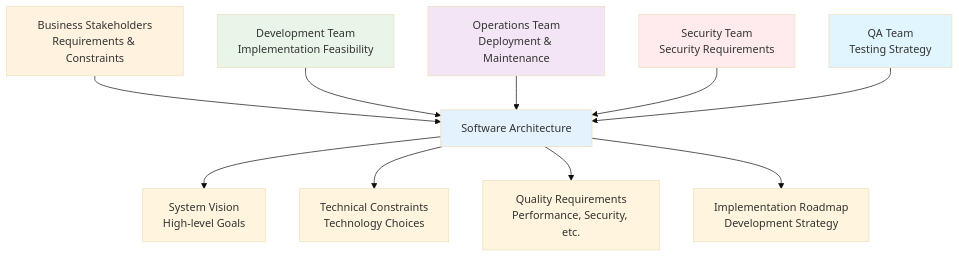
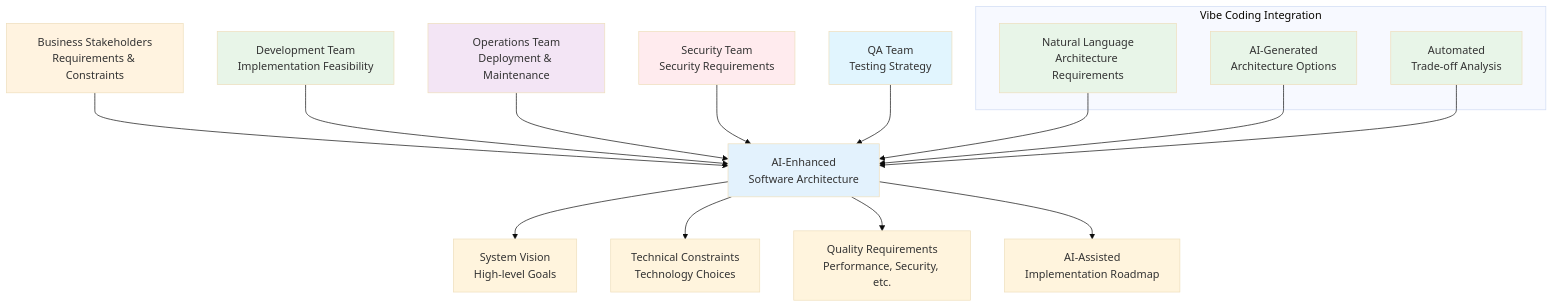
Before and after one commit to hunkim/VibeSoftwareEngineering: the second of 2 diagrams in chapters/chapter-03.md, drawn with Mermaid (base theme). The commit also changed 6 other files, not shown here.

First line of the commit message:
refactor(documentation): integrate AI-assisted coding principles throughout

````diff
--- a/chapters/chapter-03.md
+++ b/chapters/chapter-03.md
@@ -82,20 +82,33 @@
 ```mermaid
 graph TD
-    A["Business Stakeholders<br/>Requirements & Constraints"] --> E["Software Architecture"]
+    A["Business Stakeholders<br/>Requirements & Constraints"] --> E["AI-Enhanced<br/>Software Architecture"]
     B["Development Team<br/>Implementation Feasibility"] --> E
     C["Operations Team<br/>Deployment & Maintenance"] --> E
     D["Security Team<br/>Security Requirements"] --> E
     F["QA Team<br/>Testing Strategy"] --> E
     
+    subgraph "Vibe Coding Integration"
+        V1["Natural Language<br/>Architecture Requirements"]
+        V2["AI-Generated<br/>Architecture Options"]
+        V3["Automated<br/>Trade-off Analysis"]
+    end
+    
+    V1 --> E
+    V2 --> E
+    V3 --> E
+    
     E --> G["System Vision<br/>High-level Goals"]
     E --> H["Technical Constraints<br/>Technology Choices"]
     E --> I["Quality Requirements<br/>Performance, Security, etc."]
-    E --> J["Implementation Roadmap<br/>Development Strategy"]
+    E --> J["AI-Assisted<br/>Implementation Roadmap"]
     
     style E fill:#e3f2fd
     style A fill:#fff3e0
     style B fill:#e8f5e8
     style C fill:#f3e5f5
     style D fill:#ffebee
     style F fill:#e1f5fe
+    style V1 fill:#e8f5e8
+    style V2 fill:#e8f5e8
+    style V3 fill:#e8f5e8
 ```
````
